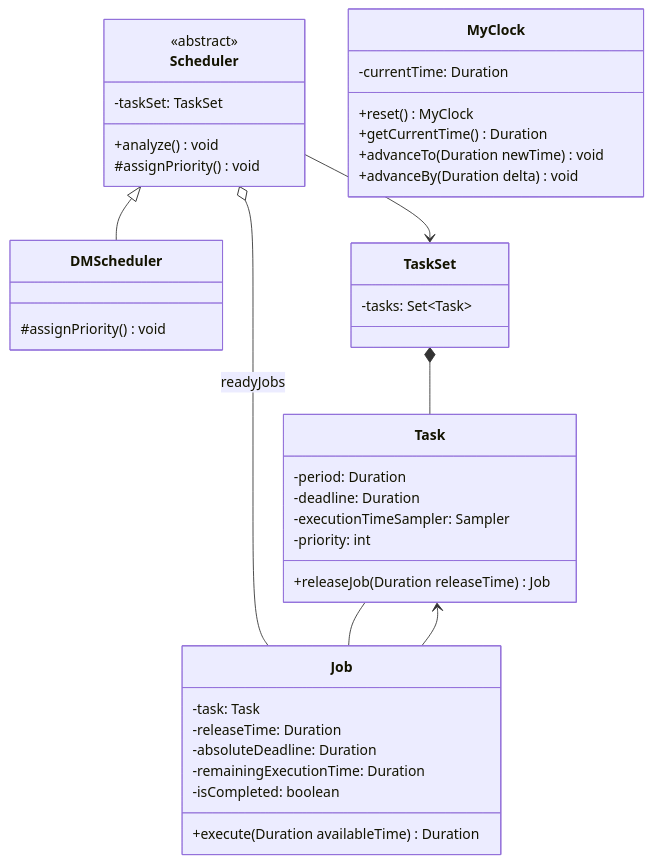
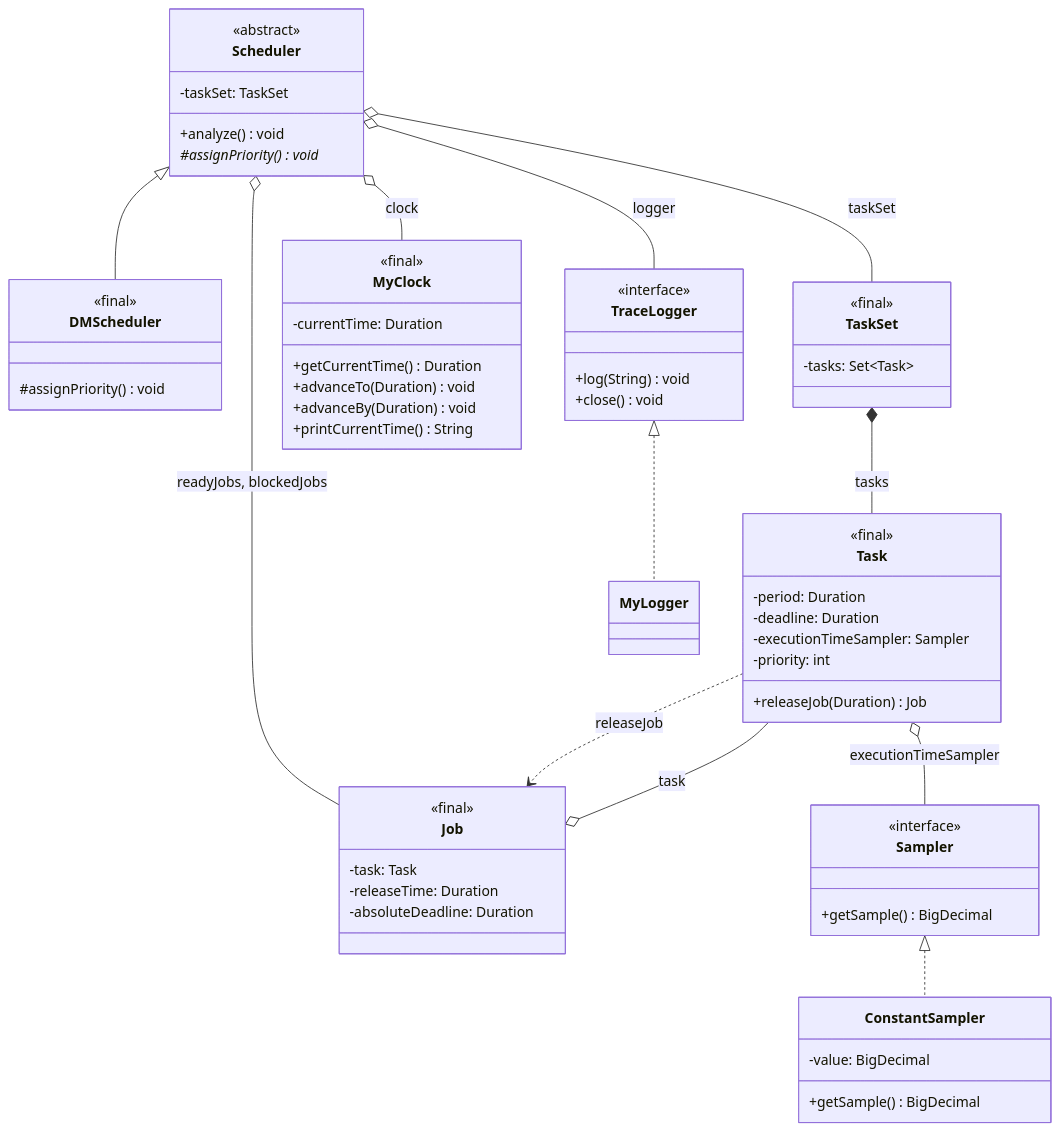
Before and after one commit to edoardosarri24/probabilistic-soft-real-time-analysis: the diagram in report/images/1-simulator/class diagram.mmd, drawn with Mermaid. The commit also changed 15 other files, not shown here.

Commit message:
shallow tests removed, class diagram

````diff
--- a/report/images/1-simulator/class diagram.mmd
+++ b/report/images/1-simulator/class diagram.mmd
@@ -1,48 +1,76 @@
+
 classDiagram
     class Scheduler {
         <<abstract>>
         -taskSet: TaskSet
         +analyze() void
-        #assignPriority() void
+        #assignPriority() void*
     }
 
     class DMScheduler {
+        <<final>>
         #assignPriority() void
     }
 
     class TaskSet {
+        <<final>>
         -tasks: Set~Task~
     }
 
     class Task {
+        <<final>>
         -period: Duration
         -deadline: Duration
         -executionTimeSampler: Sampler
         -priority: int
-        +releaseJob(Duration releaseTime) Job
+        +releaseJob(Duration) Job
     }
 
     class Job {
+        <<final>>
         -task: Task
         -releaseTime: Duration
         -absoluteDeadline: Duration
-        -remainingExecutionTime: Duration
-        -isCompleted: boolean
-        +execute(Duration availableTime) Duration
     }
 
     class MyClock {
+        <<final>>
         -currentTime: Duration
-        +reset() MyClock
         +getCurrentTime() Duration
-        +advanceTo(Duration newTime) void
-        +advanceBy(Duration delta) void
+        +advanceTo(Duration) void
+        +advanceBy(Duration) void
+        +printCurrentTime() String
+    }
+
+    class TraceLogger {
+        <<interface>>
+        +log(String) void
+        +close() void
+    }
+
+    class MyLogger {
+    }
+
+    class Sampler {
+        <<interface>>
+        +getSample() BigDecimal
+    }
+
+    class ConstantSampler {
+        -value: BigDecimal
+        +getSample() BigDecimal
     }
 
     %% Relations
-    Scheduler --> TaskSet
-    Scheduler o-- Job : readyJobs
-    TaskSet *-- Task
-    Task -- Job
-    Job --> Task
+    Scheduler o-- TaskSet : taskSet
+    Scheduler o-- MyClock : clock
+    Scheduler o-- TraceLogger : logger
+    Scheduler o-- Job : readyJobs, blockedJobs
+    TaskSet *-- Task : tasks
+    Task o-- Sampler : executionTimeSampler
+    Task ..> Job : releaseJob
+    Job o-- Task : task
     Scheduler <|-- DMScheduler
+    TraceLogger <|.. MyLogger
+    Sampler <|.. ConstantSampler
+```
````
